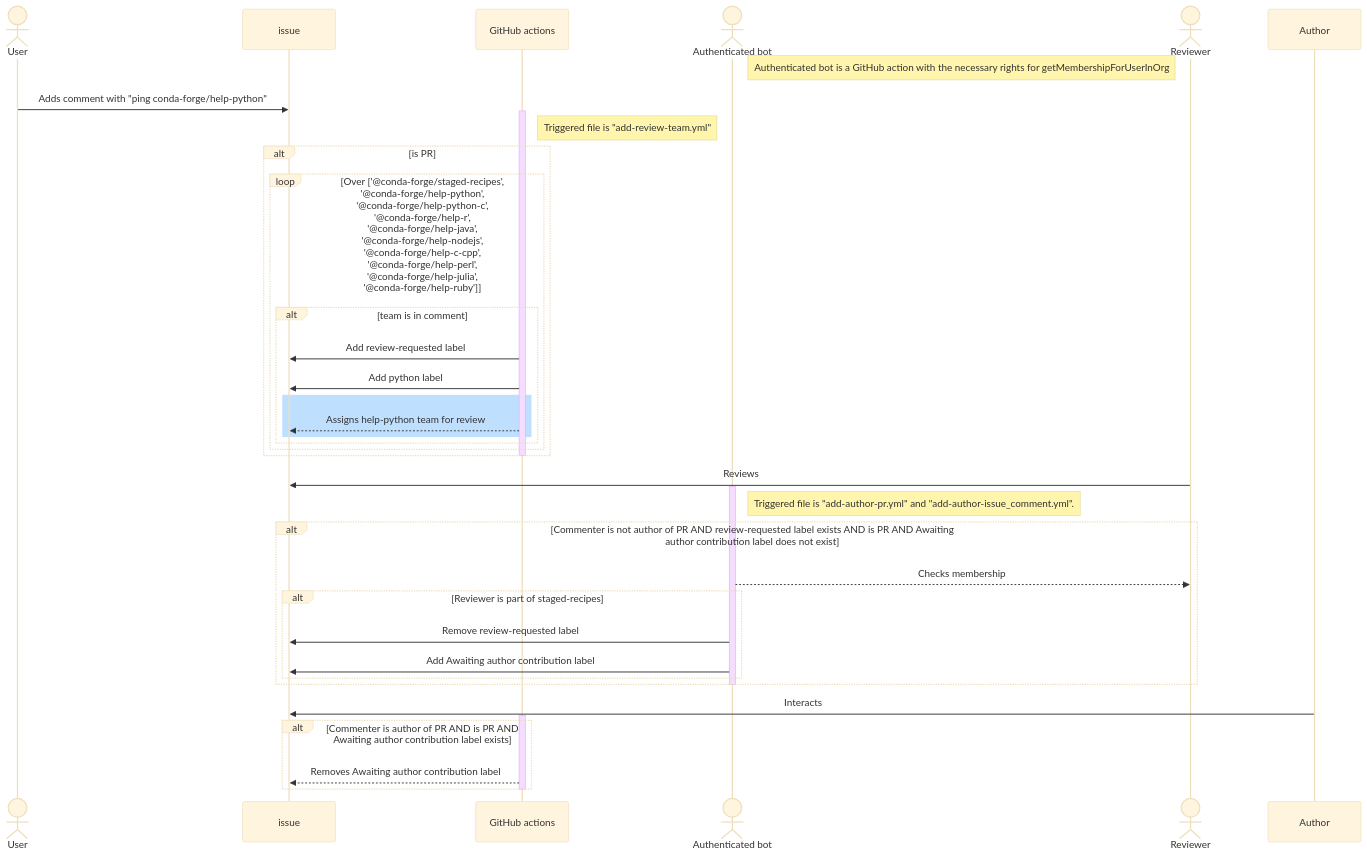
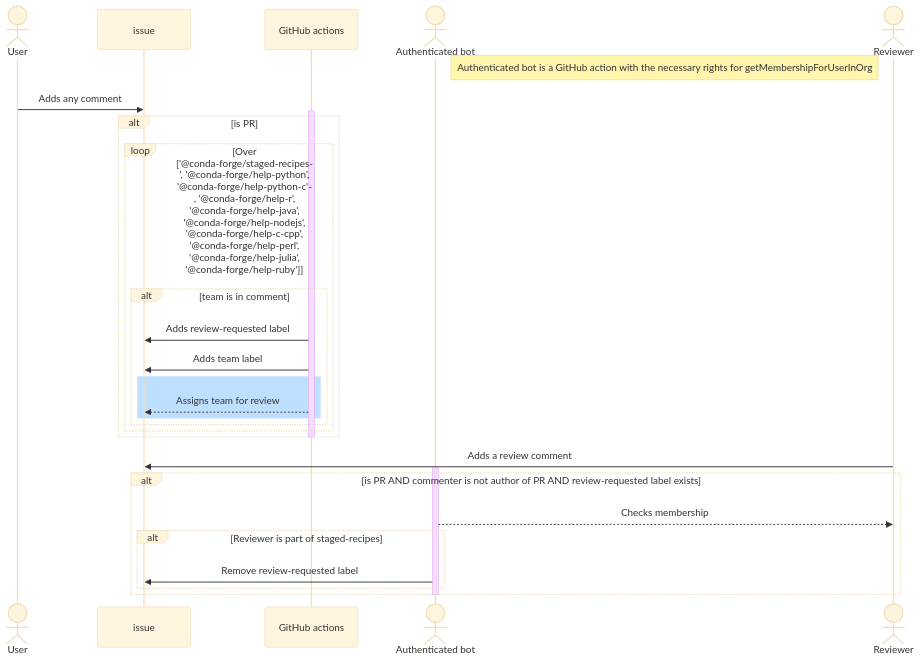
The diagram in README.md (carterbox/test-labeler), drawn with Mermaid (base theme) before and after one commit.

Commit message:
DOC: Remove awaiting-author tag from workflow in README

````diff
--- a/README.md
+++ b/README.md
@@ -7,41 +7,32 @@
 ```mermaid
 sequenceDiagram
     actor User
     participant issue
     participant GitHub actions
     actor Authenticated bot
     actor Reviewer
     Note right of Authenticated bot: Authenticated bot is a GitHub action with the necessary rights for getMembershipForUserInOrg
-    User->>issue: Adds comment with "ping conda-forge/help-python"
+    User->>issue: Adds any comment
     activate GitHub actions
-    Note right of GitHub actions: Triggered file is "add-review-team.yml"
     alt is PR
         loop Over ['@conda-forge/staged-recipes', '@conda-forge/help-python', '@conda-forge/help-python-c', '@conda-forge/help-r', '@conda-forge/help-java', '@conda-forge/help-nodejs', '@conda-forge/help-c-cpp', '@conda-forge/help-perl', '@conda-forge/help-julia', '@conda-forge/help-ruby']
             alt team is in comment
-                GitHub actions->>issue: Add review-requested label
-                GitHub actions->>issue: Add python label
+                GitHub actions->>issue: Adds review-requested label
+                GitHub actions->>issue: Adds team label
                 rect rgb(191, 223, 255)
-                    GitHub actions-->>issue: Assigns help-python team for review
-                end 
-            end 
+                    GitHub actions-->>issue: Assigns team for review
+                end
+            end
         end
     end
     deactivate GitHub actions
-    Reviewer->>issue: Reviews
+    Reviewer->>issue: Adds a review comment
     activate Authenticated bot
-    Note right of Authenticated bot: Triggered file is "add-author-pr.yml" and "add-author-issue_comment.yml".
-    alt Commenter is not author of PR AND review-requested label exists AND is PR AND Awaiting author contribution label does not exist
+    alt is PR AND commenter is not author of PR AND review-requested label exists
         Authenticated bot-->>Reviewer: Checks membership
         alt Reviewer is part of staged-recipes
             Authenticated bot->>issue: Remove review-requested label
-            Authenticated bot->>issue: Add Awaiting author contribution label
-        end 
+        end
     end
     deactivate Authenticated bot
-    Author->>issue: Interacts
-    activate GitHub actions
-    alt Commenter is author of PR AND is PR AND Awaiting author contribution label exists
-        GitHub actions-->>issue: Removes Awaiting author contribution label
-    end
-    deactivate GitHub actions
 ```
````
